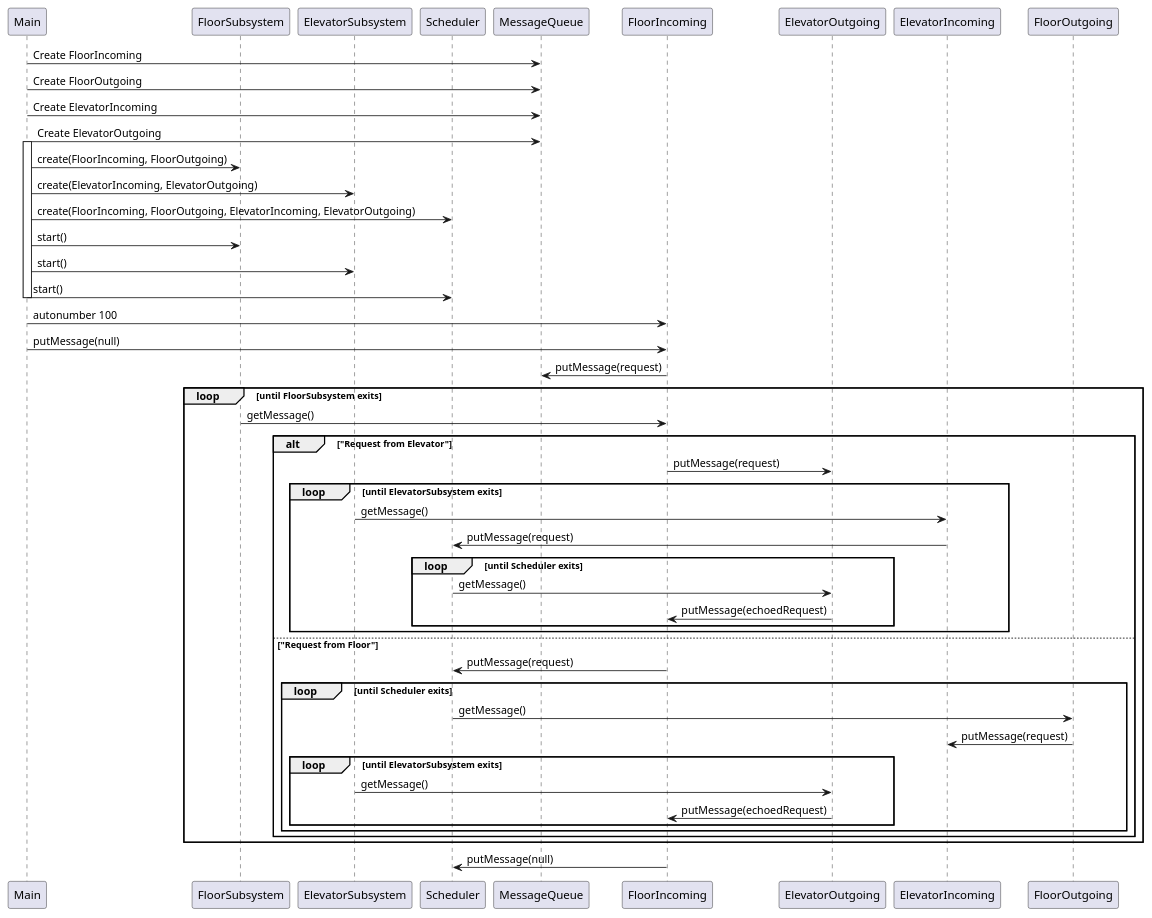
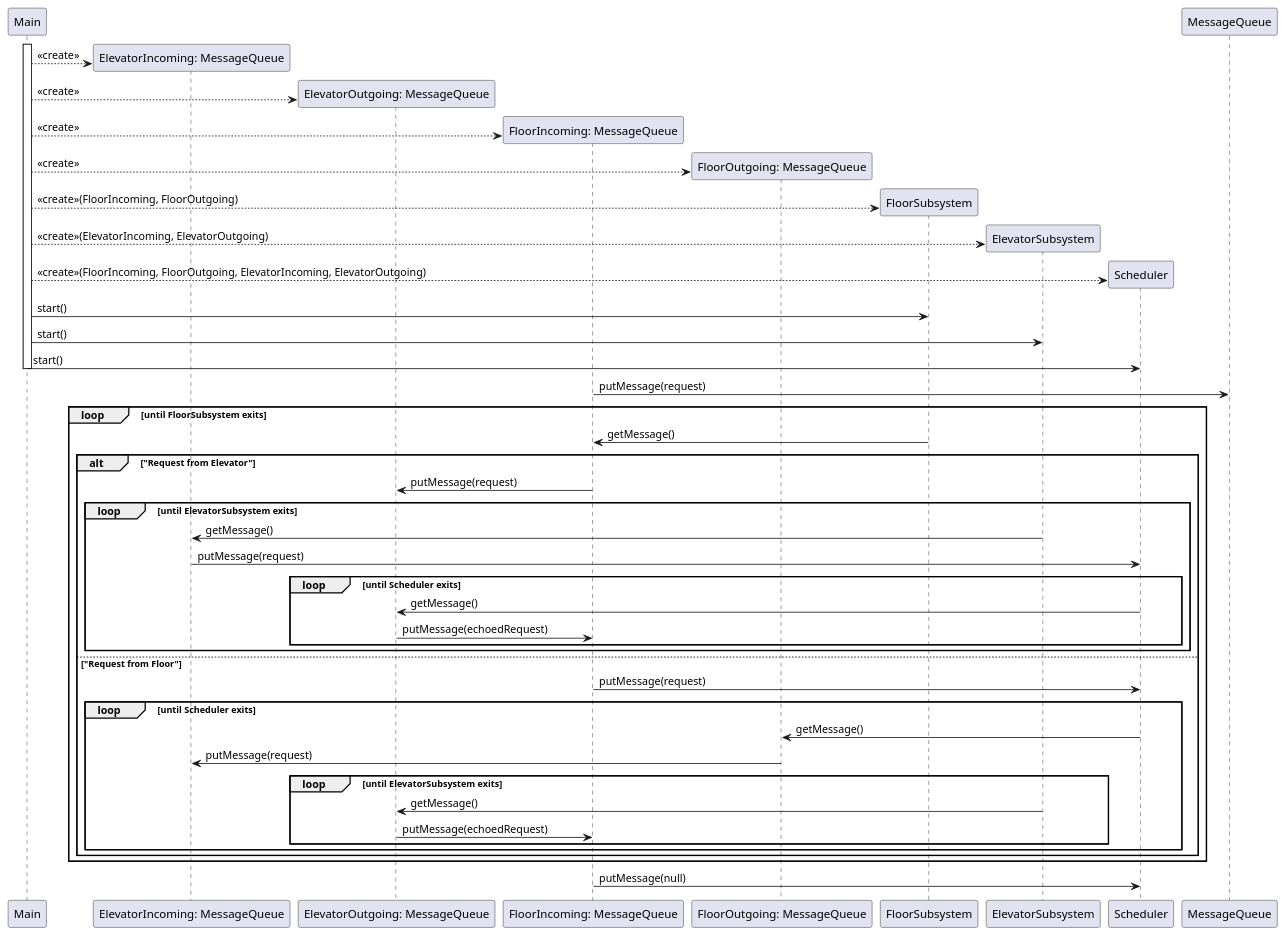
The diagram in SequenceUML.puml (GAchuzia/groupProject-SYSC3303), drawn with PlantUML before and after one commit.

Commit message:
Initialization of objects follows correct sequence diagram notation.

```diff
--- a/SequenceUML.puml
+++ b/SequenceUML.puml
@@ -1,57 +1,57 @@
 @startuml
 'autonumber
 
 participant Main
-participant FloorSubsystem
-participant ElevatorSubsystem
-participant Scheduler
-participant MessageQueue
-
-Main -> MessageQueue: Create FloorIncoming
-Main -> MessageQueue: Create FloorOutgoing
-Main -> MessageQueue: Create ElevatorIncoming
-Main -> MessageQueue: Create ElevatorOutgoing
 
 activate Main
+create "ElevatorIncoming: MessageQueue" as ElevatorIncoming
+Main --> ElevatorIncoming: <<create>>
+create "ElevatorOutgoing: MessageQueue" as ElevatorOutgoing
+Main --> ElevatorOutgoing: <<create>>
+create "FloorIncoming: MessageQueue" as FloorIncoming
+Main --> FloorIncoming: <<create>>
+create "FloorOutgoing: MessageQueue" as FloorOutgoing
+Main --> FloorOutgoing: <<create>>
 
-Main -> FloorSubsystem: create(FloorIncoming, FloorOutgoing)
-Main -> ElevatorSubsystem: create(ElevatorIncoming, ElevatorOutgoing)
-Main -> Scheduler: create(FloorIncoming, FloorOutgoing, ElevatorIncoming, ElevatorOutgoing)
+create FloorSubsystem
+Main --> FloorSubsystem: <<create>>(FloorIncoming, FloorOutgoing)
+create ElevatorSubsystem
+Main --> ElevatorSubsystem: <<create>>(ElevatorIncoming, ElevatorOutgoing)
+create Scheduler
+Main --> Scheduler: <<create>>(FloorIncoming, FloorOutgoing, ElevatorIncoming, ElevatorOutgoing)
 
 Main -> FloorSubsystem: start()
 Main -> ElevatorSubsystem: start()
 Main -> Scheduler: start()
 
 deactivate Main
 
-Main -> FloorIncoming: autonumber 100
-Main -> FloorIncoming: putMessage(null)
 FloorIncoming -> MessageQueue: putMessage(request)
 loop until FloorSubsystem exits
     FloorSubsystem -> FloorIncoming: getMessage()
     alt "Request from Elevator"
         FloorIncoming -> ElevatorOutgoing: putMessage(request)
         loop until ElevatorSubsystem exits
             ElevatorSubsystem -> ElevatorIncoming: getMessage()
             ElevatorIncoming -> Scheduler: putMessage(request)
             loop until Scheduler exits
                 Scheduler -> ElevatorOutgoing: getMessage()
                 ElevatorOutgoing -> FloorIncoming: putMessage(echoedRequest)
             end
         end
     else "Request from Floor"
         FloorIncoming -> Scheduler: putMessage(request)
         loop until Scheduler exits
             Scheduler -> FloorOutgoing: getMessage()
             FloorOutgoing -> ElevatorIncoming: putMessage(request)
             loop until ElevatorSubsystem exits
                 ElevatorSubsystem -> ElevatorOutgoing: getMessage()
                 ElevatorOutgoing -> FloorIncoming: putMessage(echoedRequest)
             end
         end
     end
 end
 
 FloorIncoming -> Scheduler: putMessage(null)
 
 @enduml
```
